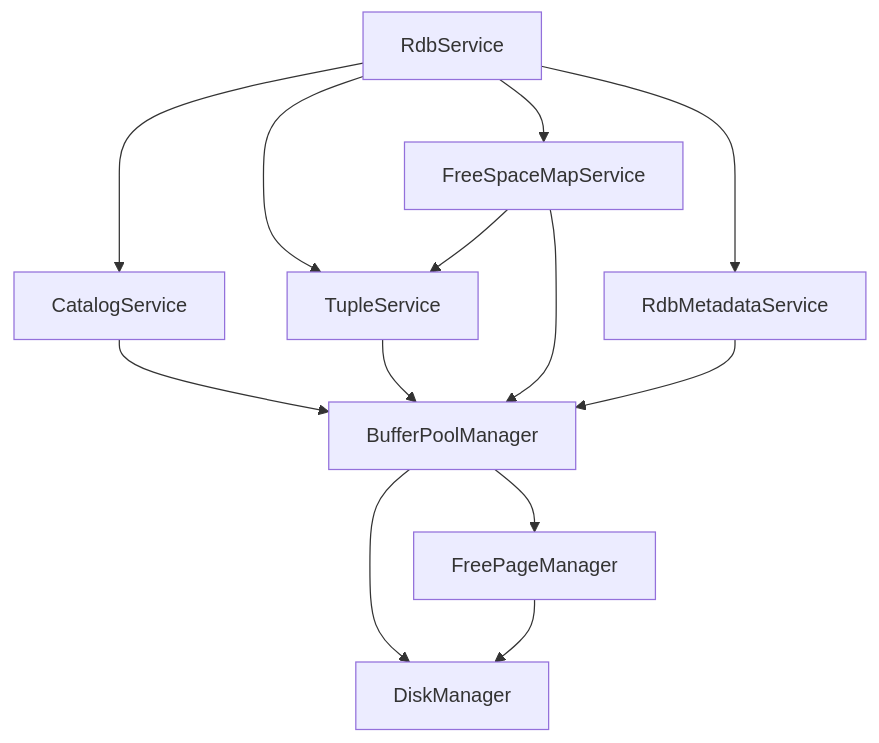
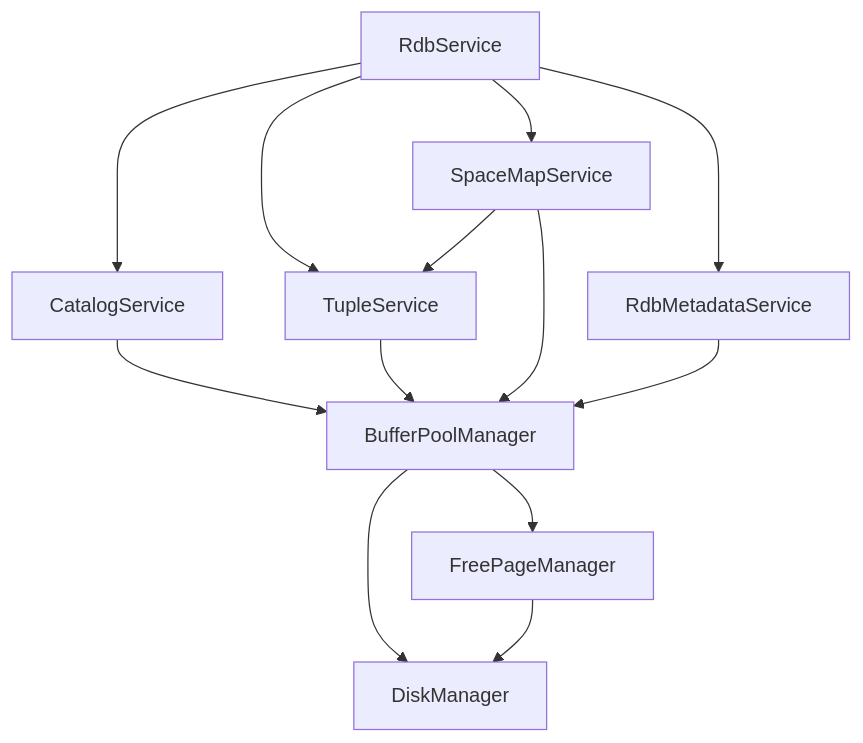
Before and after one commit to soujash-mandal/UniDB: the second of 2 diagrams in README.md, drawn with Mermaid. The commit also changed other lines of this file, not shown here.

Commit message:
Update service naming in architecture docs

````diff
--- a/README.md
+++ b/README.md
@@ -52,17 +52,17 @@
 ```mermaid
 flowchart TD
     RDB["RdbService"] --> Catalog["CatalogService"]
     RDB --> Tuple["TupleService"]
-    RDB --> FSM["FreeSpaceMapService"]
+    RDB --> SpaceMap["SpaceMapService"]
     RDB --> Metadata["RdbMetadataService"]
 
     Catalog --> BPM["BufferPoolManager"]
     Tuple --> BPM
-    FSM --> BPM
-    FSM --> Tuple
+    SpaceMap --> BPM
+    SpaceMap --> Tuple
     Metadata --> BPM
 
     BPM --> FPM["FreePageManager"]
     BPM --> Disk["DiskManager"]
     FPM --> Disk
 ```
````
